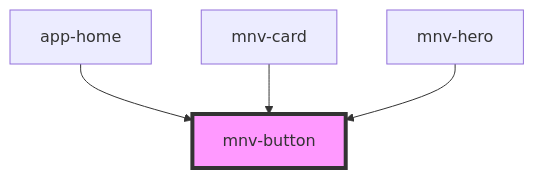
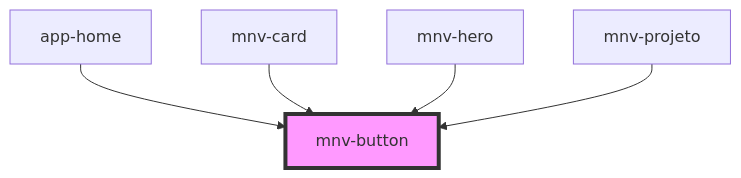
The diagram in src/components/inputs/mnv-button/readme.md (rafaela-vairo/ufrj-sustainable), drawn with Mermaid before and after one commit. The commit also changed other lines of this file and 34 other files, not shown here.

````diff
--- a/src/components/inputs/mnv-button/readme.md
+++ b/src/components/inputs/mnv-button/readme.md
@@ -29,7 +30,8 @@
 ```mermaid
 graph TD;
   app-home --> mnv-button
   mnv-card --> mnv-button
   mnv-hero --> mnv-button
+  mnv-projeto --> mnv-button
   style mnv-button fill:#f9f,stroke:#333,stroke-width:4px
 ```
````
